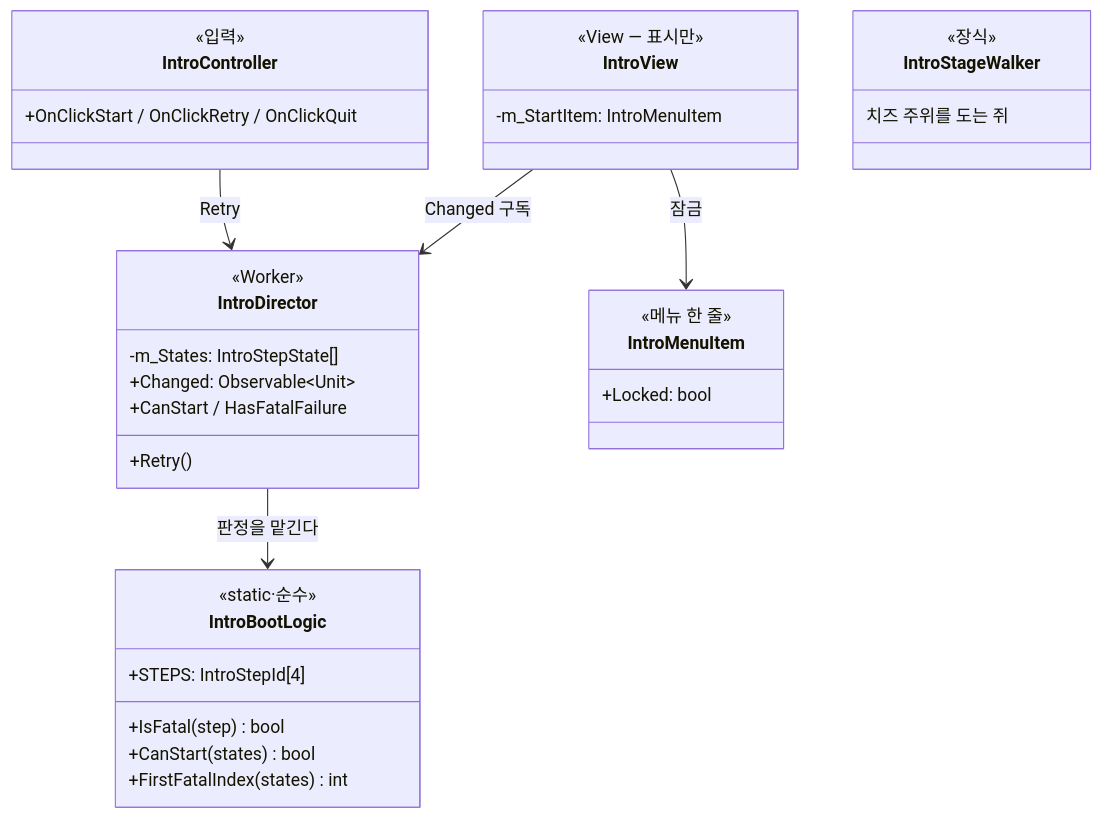
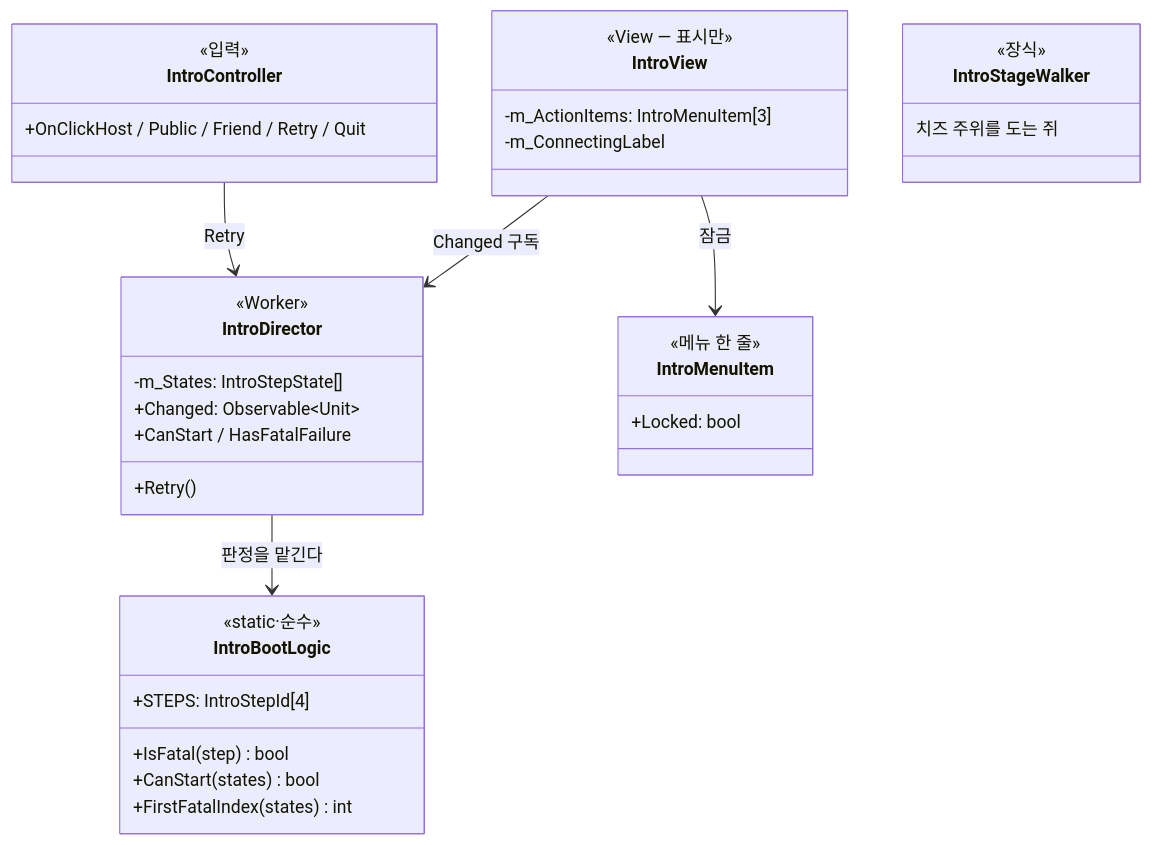
One commit to JeahanPark/The-Cheese-Thief-and-the-Cat changed the fourth of 60 diagrams in CTC/docs/design-vault/코드 다이어그램.md. Above: the diagram before and after it, drawn with Mermaid. The commit also changed other lines of this file and 2 other files, not shown here.

First line of the commit message:
docs: 2026-09-14 작업 넷의 규칙·다이어그램·대기열을 맞춘다

````diff
--- a/CTC/docs/design-vault/코드 다이어그램.md
+++ b/CTC/docs/design-vault/코드 다이어그램.md
@@ -37,37 +123,38 @@
 ```mermaid
 classDiagram
   class IntroBootLogic {
     <<static·순수>>
     +STEPS: IntroStepId[4]
     +IsFatal(step) bool
     +CanStart(states) bool
     +FirstFatalIndex(states) int
   }
   class IntroDirector {
     <<Worker>>
     -m_States: IntroStepState[]
     +Changed: Observable~Unit~
     +CanStart / HasFatalFailure
     +Retry()
   }
   class IntroView {
     <<View — 표시만>>
-    -m_StartItem: IntroMenuItem
+    -m_ActionItems: IntroMenuItem[3]
+    -m_ConnectingLabel
   }
   class IntroController {
     <<입력>>
-    +OnClickStart / OnClickRetry / OnClickQuit
+    +OnClickHost / Public / Friend / Retry / Quit
   }
   class IntroMenuItem {
     <<메뉴 한 줄>>
     +Locked: bool
   }
   class IntroStageWalker {
     <<장식>>
     치즈 주위를 도는 쥐
   }
   IntroDirector --> IntroBootLogic : 판정을 맡긴다
   IntroView --> IntroDirector : Changed 구독
   IntroController --> IntroDirector : Retry
   IntroView --> IntroMenuItem : 잠금
 ```
````
